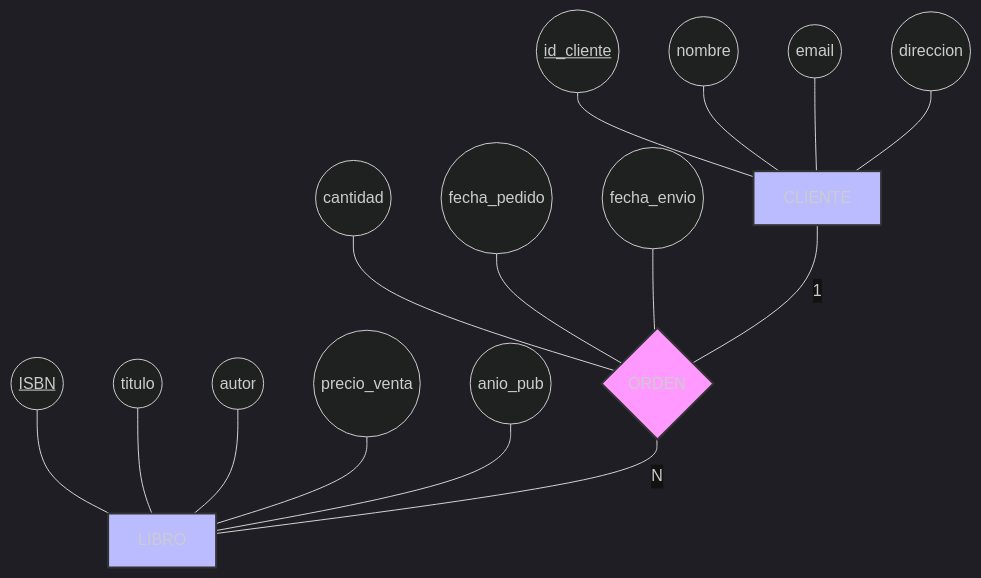
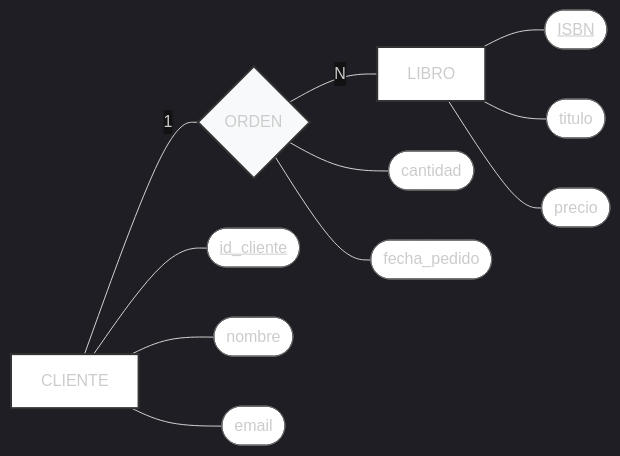
Before and after one commit to ConsSorto/ConsSorto.github.io: the third of 3 diagrams in isc-321/unidad-1/2.md, drawn with Mermaid.

Commit message:
feat: ejemplos tema 4

````diff
--- a/isc-321/unidad-1/2.md
+++ b/isc-321/unidad-1/2.md
@@ -131,37 +131,37 @@
 ```mermaid
 %%{init: {'theme': 'dark', 'themeVariables': { 'primaryColor': '#018786', 'edgeLabelBackground':'#121212', 'tertiaryColor': '#121212' }}}%%
-graph TD
-    %% Entidades
+graph LR
+    %% Entidades (Rectángulos)
     C[CLIENTE]
     L[LIBRO]
     
-    %% Relación
+    %% Relación (Rombos)
     R{ORDEN}
     
-    %% Atributos de Cliente
-    A1((<u>id_cliente</u>)) --- C
-    A2((nombre)) --- C
-    A3((email)) --- C
-    A4((direccion)) --- C
+    %% Atributos de Cliente (Óvalos/Cápsulas)
+    C --- AC1([<u>id_cliente</u>])
+    C --- AC2([nombre])
+    C --- AC3([email])
     
-    %% Atributos de Libro
-    B1((<u>ISBN</u>)) --- L
-    B2((titulo)) --- L
-    B3((autor)) --- L
-    B4((precio_venta)) --- L
-    B5((anio_pub)) --- L
+    %% Atributos de Libro (Óvalos/Cápsulas)
+    L --- AL1([<u>ISBN</u>])
+    L --- AL2([titulo])
+    L --- AL3([precio])
     
-    %% Atributos de la Relación (Atributos descriptivos)
-    R1((cantidad)) --- R
-    R2((fecha_pedido)) --- R
-    R3((fecha_envio)) --- R
+    %% Atributos de la Relación
+    R --- AR1([cantidad])
+    R --- AR2([fecha_pedido])
     
     %% Conexiones con Cardinalidad
     C -- "1" --- R
     R -- "N" --- L
+
+    %% Estilos Profesionales
+    style C fill:#ffffff,stroke:#333,stroke-width:2px
+    style L fill:#ffffff,stroke:#333,stroke-width:2px
+    style R fill:#f8f9fa,stroke:#333,stroke-width:2px
     
-    style C fill:#bbf,stroke:#333,stroke-width:2px
-    style L fill:#bbf,stroke:#333,stroke-width:2px
-    style R fill:#f9f,stroke:#333,stroke-width:2px
+    classDef attr fill:#ffffff,stroke:#666,stroke-dasharray: 0
+    class AC1,AC2,AC3,AL1,AL2,AL3,AR1,AR2 attr
 
 ```
````
